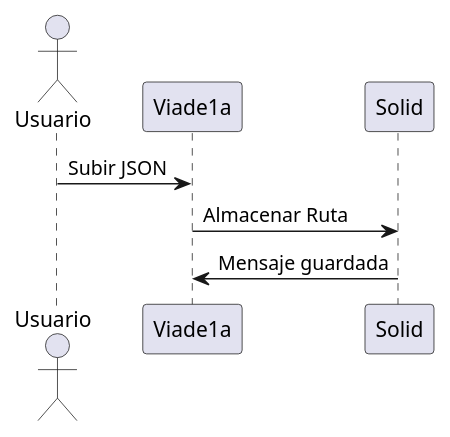
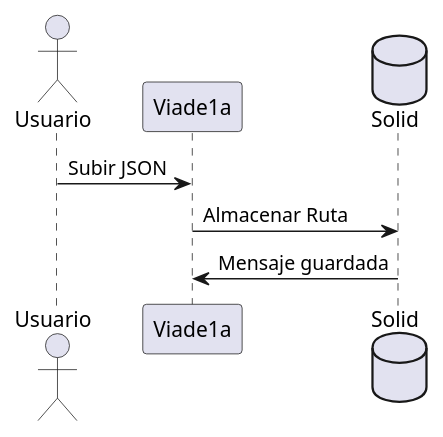
Before and after one commit to Arquisoft/viade_es1a: the second of 4 diagrams in src/docs/06_runtime_view.adoc, drawn with PlantUML. The commit also changed other lines of this file, not shown here.

Commit message:
diagramas mejorados 6

```diff
--- a/src/docs/06_runtime_view.adoc
+++ b/src/docs/06_runtime_view.adoc
@@ -22,13 +22,14 @@
 [plantuml,Nueva ruta,png]
 ----
 @startuml
 
 actor Usuario
 Usuario -> Viade1a:Subir JSON
+database Solid
 
 Viade1a -> Solid:Almacenar Ruta
-Solid -> Viade1a:Mensaje guardada
+ Solid -> Viade1a:Mensaje guardada
 
 
 @enduml
 ----
```
